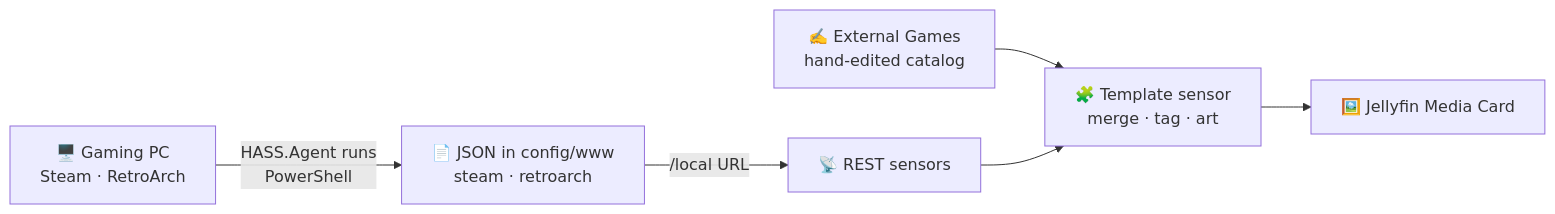
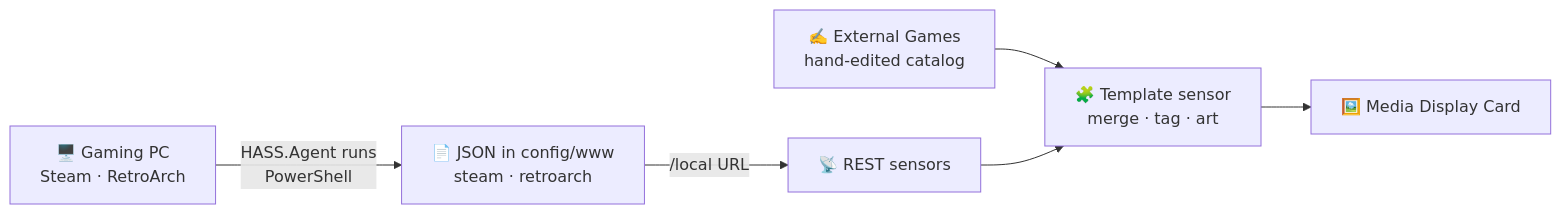
The diagram in README.md (a4happy20/games-library-card-sensors), drawn with Mermaid before and after one commit. The commit also changed other lines of this file, not shown here.

Commit message:
Initial release of Games Library Card Sensors

````diff
--- a/README.md
+++ b/README.md
@@ -75,8 +75,8 @@
 ```mermaid
 flowchart LR
     A["🖥️ Gaming PC<br/>Steam · RetroArch"] -->|HASS.Agent runs<br/>PowerShell| B["📄 JSON in config/www<br/>steam · retroarch"]
     B -->|/local URL| C["📡 REST sensors"]
     E["✍️ External Games<br/>hand-edited catalog"] --> D
     C --> D["🧩 Template sensor<br/>merge · tag · art"]
-    D --> F["🖼️ Jellyfin Media Card"]
+    D --> F["🖼️ Media Display Card"]
 ```
````
